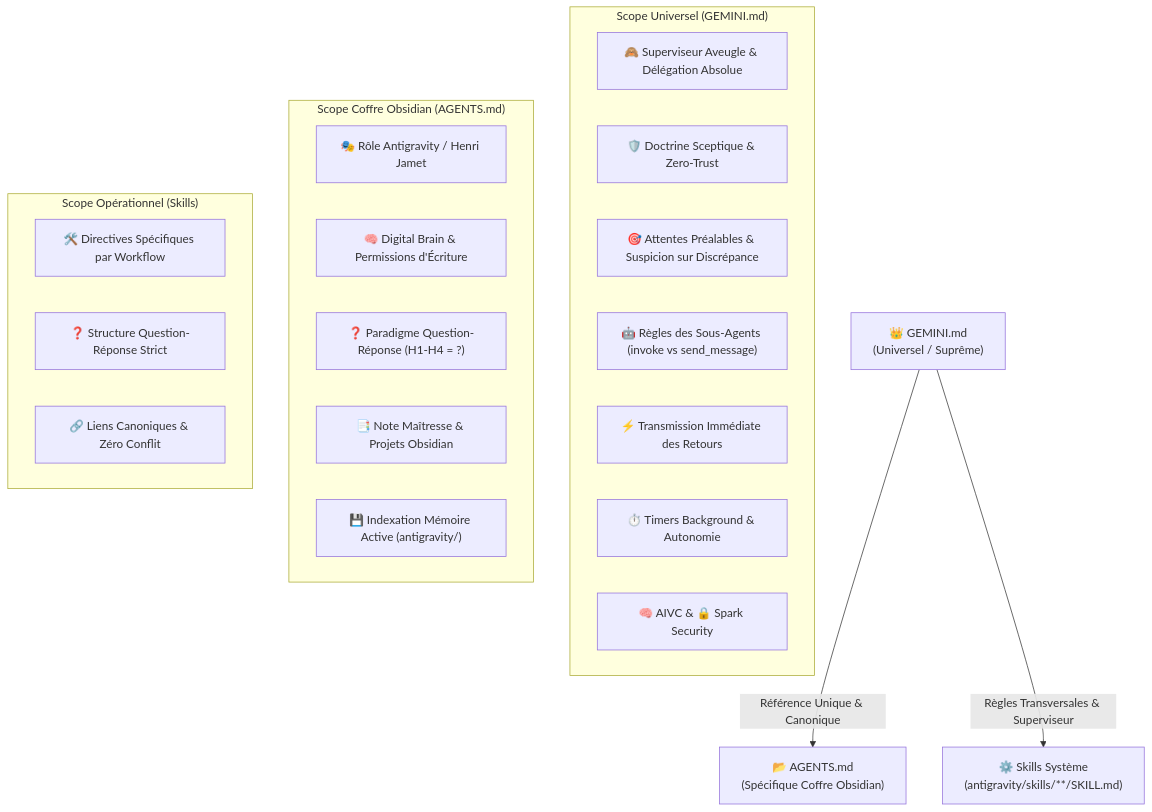
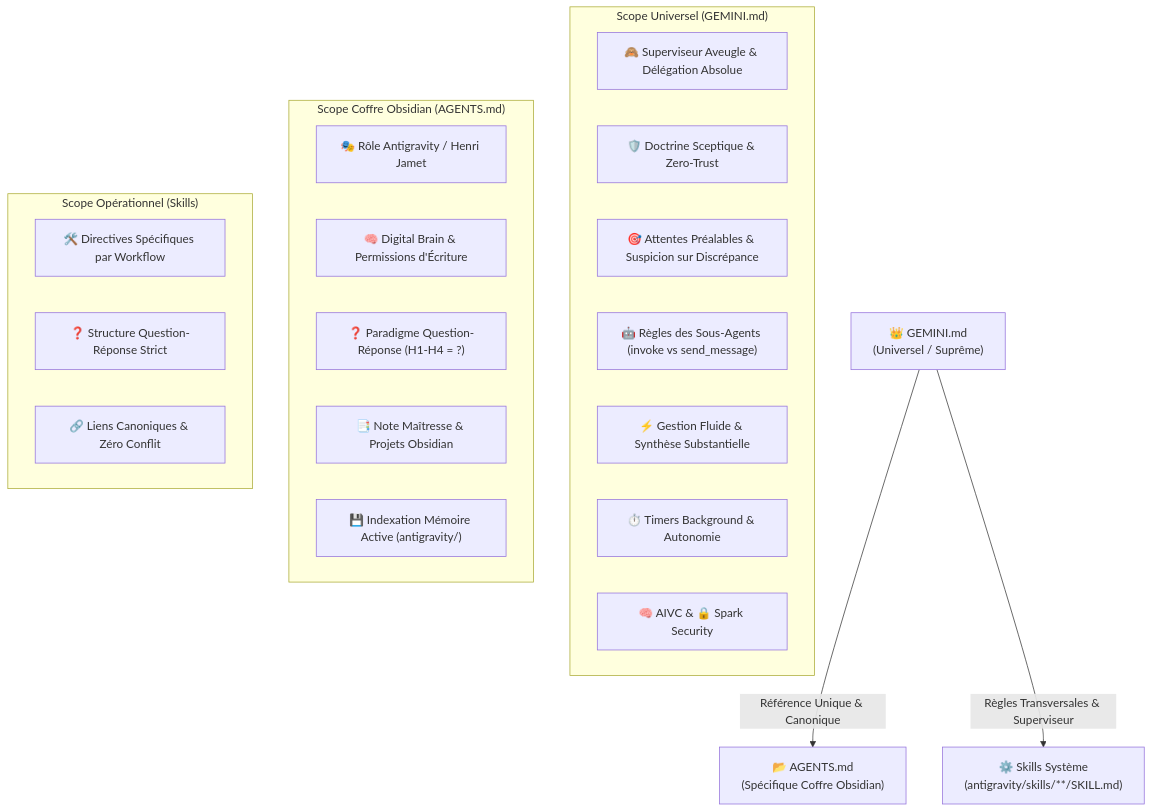
The first of 3 diagrams in src/skills/reflect/SKILL.md (hjamet/cursor-memory-bank), drawn with Mermaid before and after one commit. The commit also changed other lines of this file and 1 other file, not shown here.

Commit message:
docs(system): remove immediate transmission rule in favor of fluid and synthetic supervisor management

````diff
--- a/src/skills/reflect/SKILL.md
+++ b/src/skills/reflect/SKILL.md
@@ -33,29 +33,29 @@
 ```mermaid
 graph TD
     A["👑 GEMINI.md<br/>(Universel / Suprême)"] -->|Référence Unique & Canonique| B["📂 AGENTS.md<br/>(Spécifique Coffre Obsidian)"]
     A -->|Règles Transversales & Superviseur| C["⚙️ Skills Système<br/>(antigravity/skills/**/SKILL.md)"]
     
     subgraph "Scope Universel (GEMINI.md)"
         A1["🙈 Superviseur Aveugle & Délégation Absolue"]
         A2["🛡️ Doctrine Sceptique & Zero-Trust"]
         A3["🎯 Attentes Préalables & Suspicion sur Discrépance"]
         A4["🤖 Règles des Sous-Agents (invoke vs send_message)"]
-        A5["⚡ Transmission Immédiate des Retours"]
+        A5["⚡ Gestion Fluide & Synthèse Substantielle"]
         A6["⏱️ Timers Background & Autonomie"]
         A7["🧠 AIVC & 🔒 Spark Security"]
     end
     
     subgraph "Scope Coffre Obsidian (AGENTS.md)"
         B1["🎭 Rôle Antigravity / Henri Jamet"]
         B2["🧠 Digital Brain & Permissions d'Écriture"]
         B3["❓ Paradigme Question-Réponse (H1-H4 = ?)"]
         B4["📑 Note Maîtresse & Projets Obsidian"]
         B5["💾 Indexation Mémoire Active (antigravity/)"]
     end
     
     subgraph "Scope Opérationnel (Skills)"
         C1["🛠️ Directives Spécifiques par Workflow"]
         C2["❓ Structure Question-Réponse Strict"]
         C3["🔗 Liens Canoniques & Zéro Conflit"]
     end
 ```
````
